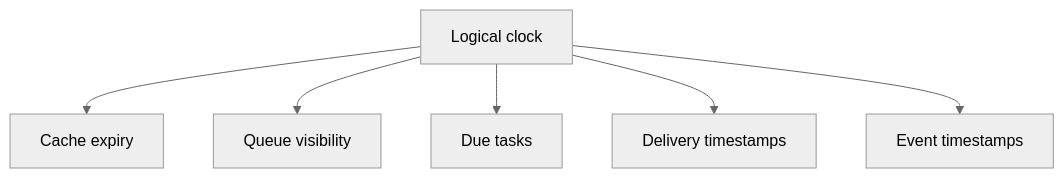
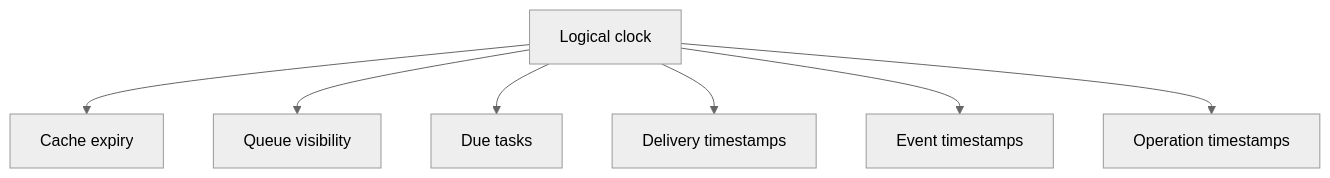
Before and after one commit to inttegro/simile: the diagram in docs/stack-time.md, drawn with Mermaid (neutral theme). The commit also changed other lines of this file and 17 other files, not shown here.

````diff
--- a/docs/stack-time.md
+++ b/docs/stack-time.md
@@ -10,8 +10,9 @@
 ```mermaid
 flowchart TD
   Clock[Logical clock] --> Cache[Cache expiry]
   Clock --> Queue[Queue visibility]
   Clock --> Scheduler[Due tasks]
   Clock --> Mail[Delivery timestamps]
   Clock --> Journal[Event timestamps]
+  Clock --> Response[Operation timestamps]
 ```
````
